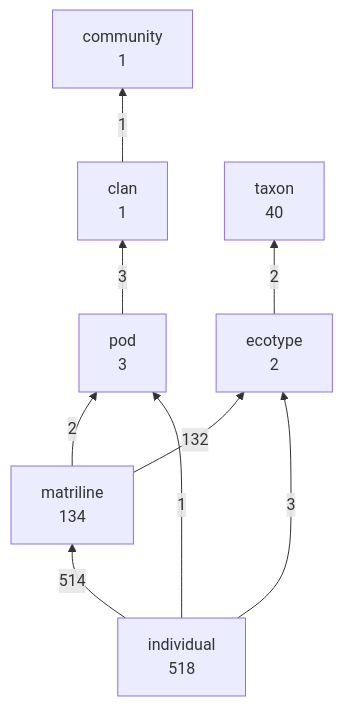
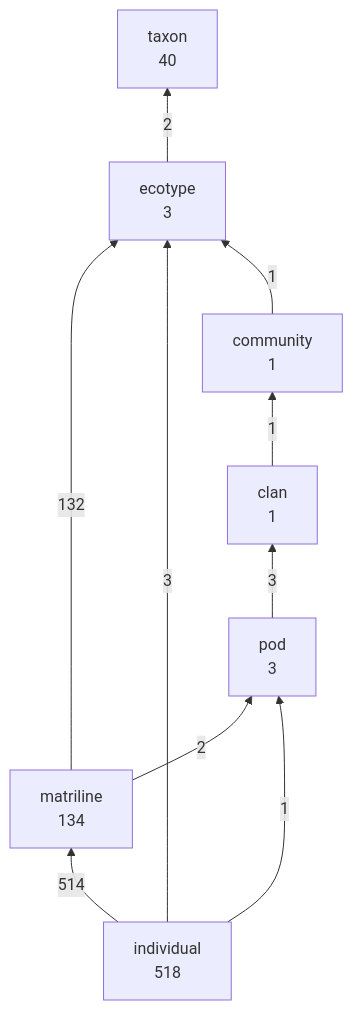
The first of 2 diagrams in dist/structure.md (salish-sea/animals), drawn with Mermaid before and after one commit. The commit also changed other lines of this file and 14 other files, not shown here.

First line of the commit message:
Q1: Southern Resident is a community of the Resident ecotype

````diff
--- a/dist/structure.md
+++ b/dist/structure.md
@@ -11,18 +11,19 @@
 ```mermaid
 graph BT
   clan["clan<br/>1"]
   community["community<br/>1"]
-  ecotype["ecotype<br/>2"]
+  ecotype["ecotype<br/>3"]
   individual["individual<br/>518"]
   matriline["matriline<br/>134"]
   pod["pod<br/>3"]
   taxon["taxon<br/>40"]
   individual -->|514| matriline
   matriline -->|132| ecotype
   individual -->|3| ecotype
   pod -->|3| clan
   ecotype -->|2| taxon
   matriline -->|2| pod
   clan -->|1| community
+  community -->|1| ecotype
   individual -->|1| pod
 ```
````
